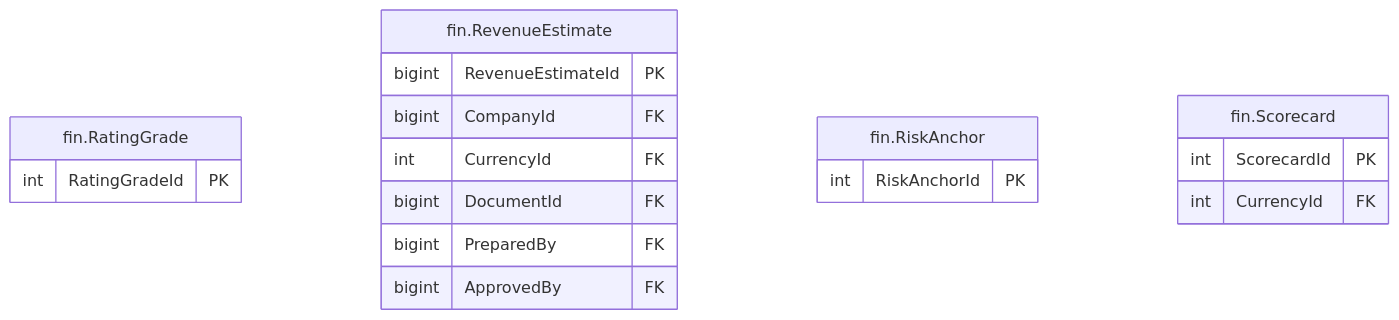
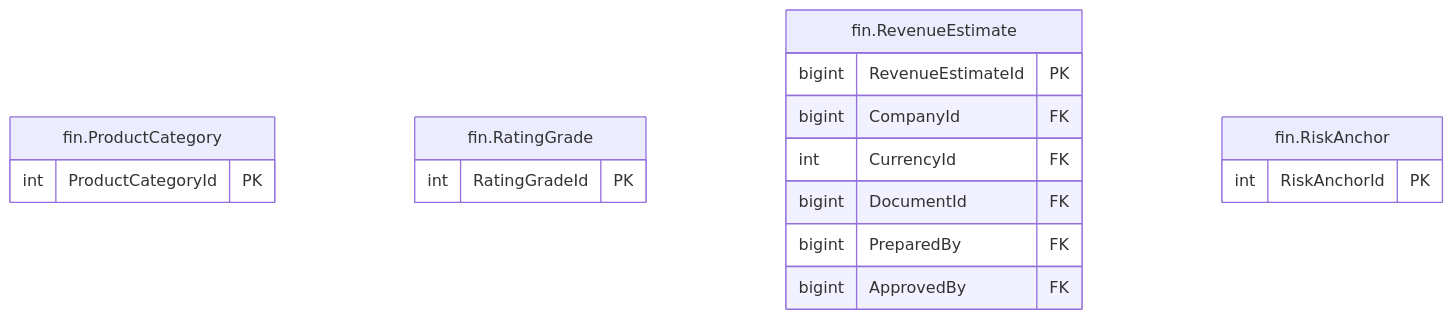
One commit to thawrasy/smartlines changed the diagram in treasury-platform/docs/diagrams/erd/m5_financials_10.mmd. Above: the diagram before and after it, drawn with Mermaid. The commit also changed 142 other files, not shown here.

```diff
--- a/treasury-platform/docs/diagrams/erd/m5_financials_10.mmd
+++ b/treasury-platform/docs/diagrams/erd/m5_financials_10.mmd
@@ -1,20 +1,19 @@
-%% م5 · البيانات المالية والأرصدة (10/13) — Financial statements & balances
+%% م5 · البيانات المالية والأرصدة (10/14) — Financial statements & balances
 erDiagram
+  fin_ProductCategory["fin.ProductCategory"] {
+    int ProductCategoryId PK
+  }
   fin_RatingGrade["fin.RatingGrade"] {
     int RatingGradeId PK
   }
   fin_RevenueEstimate["fin.RevenueEstimate"] {
     bigint RevenueEstimateId PK
     bigint CompanyId FK
     int CurrencyId FK
     bigint DocumentId FK
     bigint PreparedBy FK
     bigint ApprovedBy FK
   }
   fin_RiskAnchor["fin.RiskAnchor"] {
     int RiskAnchorId PK
   }
-  fin_Scorecard["fin.Scorecard"] {
-    int ScorecardId PK
-    int CurrencyId FK
-  }
```
